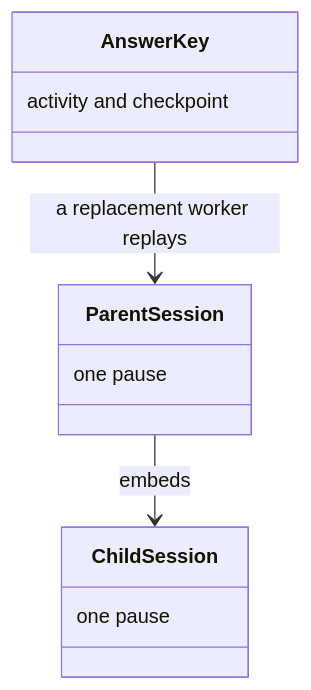
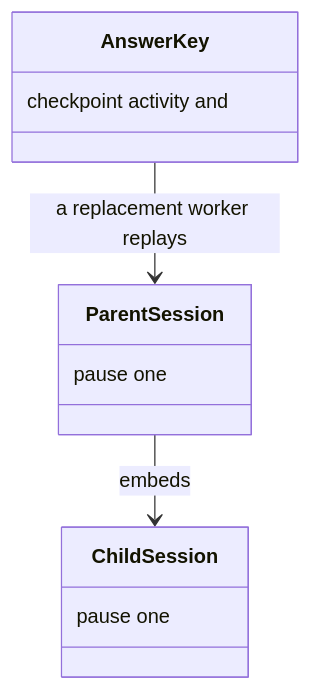
Before and after one commit to m2ux/workflow-server: the sixth of 22 diagrams in docs/checkpoint.md, drawn with Mermaid. The commit also changed other lines of this file and 13 other files, not shown here.

````diff
--- a/docs/checkpoint.md
+++ b/docs/checkpoint.md
@@ -97,14 +109,14 @@
 ```mermaid
 classDiagram
   class ParentSession {
-    one pause
+    pause one
   }
   class ChildSession {
-    one pause
+    pause one
   }
   class AnswerKey {
-    activity and checkpoint
+    checkpoint activity and
   }
   ParentSession --> ChildSession : embeds
   AnswerKey --> ParentSession : a replacement worker replays
 ```
````
